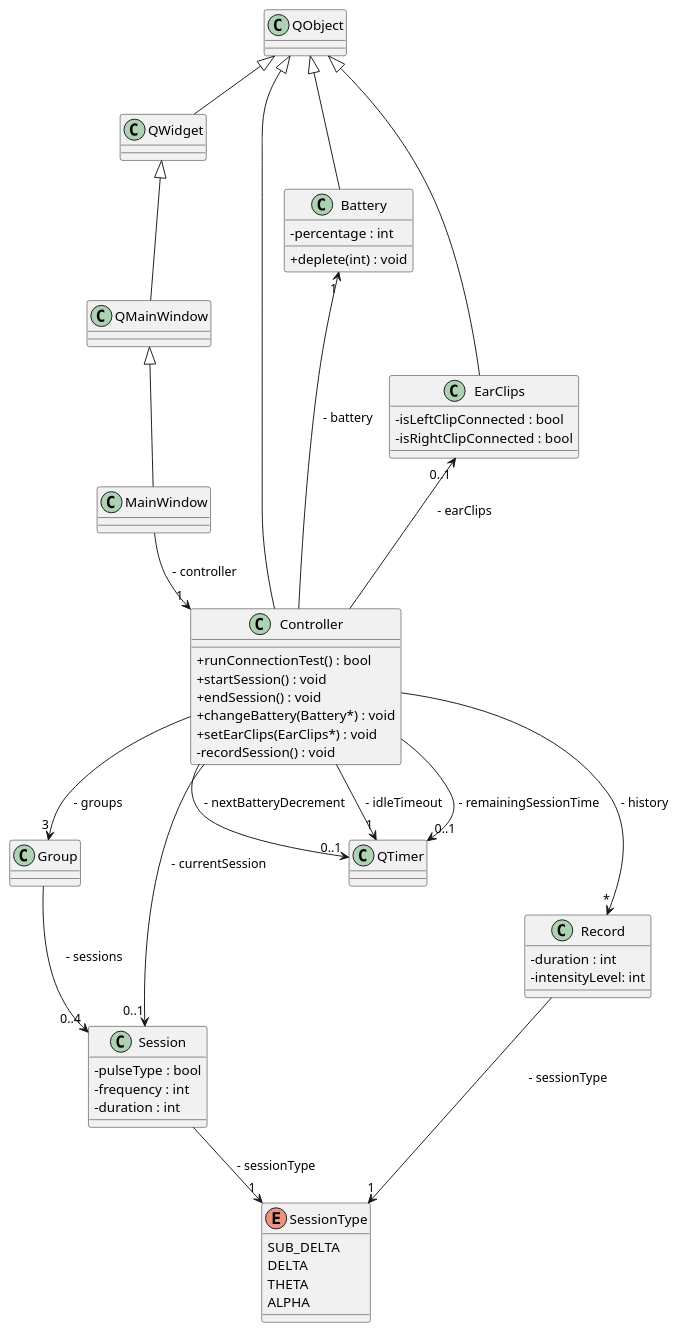
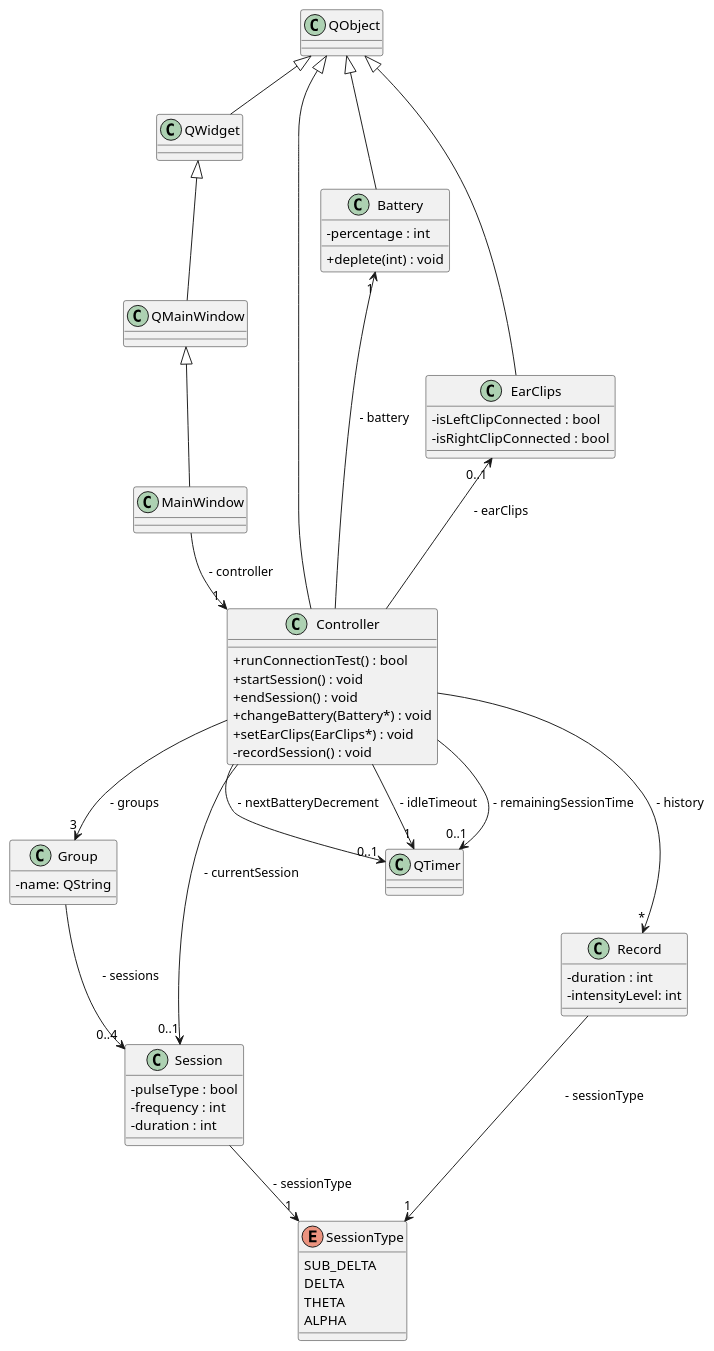
The diagram in design/class-diagram.plantuml (alejita11011/CES-Simulator), drawn with PlantUML before and after one commit.

Commit message:
Added name attribute to group class

```diff
--- a/design/class-diagram.plantuml
+++ b/design/class-diagram.plantuml
@@ -1,65 +1,66 @@
 @startuml class-diagram
 skinparam classAttributeIconSize 0
 
 QObject <|-- QWidget
 QWidget <|-- QMainWindow
 QMainWindow <|-- MainWindow
 MainWindow --> "1" Controller : " - controller"
 class MainWindow {
 }
 
 QObject <|-- Controller
 Controller --> "3" Group : " - groups"
 Controller --> "*" Record : " - history"
 Battery "1" <-- Controller : " - battery"
 EarClips "0..1" <-- Controller : " - earClips"
 Controller --> "1" QTimer : " - idleTimeout"
 Controller --> "0..1" Session : " - currentSession"
 Controller --> "0..1" QTimer : " - remainingSessionTime"
 Controller --> "0..1" QTimer : " - nextBatteryDecrement"
 class Controller {
   + runConnectionTest() : bool
   + startSession() : void
   + endSession() : void
   + changeBattery(Battery*) : void
   + setEarClips(EarClips*) : void
   - recordSession() : void
 }
 
 Group --> "0..4" Session : " - sessions"
 class Group {
+  - name: QString
 }
 
 Session --> "1" SessionType : " - sessionType"
 class Session {
   - pulseType : bool 
   - frequency : int
   - duration : int
 }
 
 Record --> "1" SessionType : " - sessionType"
 class Record {
   - duration : int
   - intensityLevel: int
 }
 
 enum SessionType {
   SUB_DELTA
   DELTA
   THETA
   ALPHA
 }
 
 QObject <|-- Battery
 class Battery {
   - percentage : int
   + deplete(int) : void
 }
 
 QObject <|-- EarClips
 class EarClips {
   - isLeftClipConnected : bool
   - isRightClipConnected : bool
 }
 
 @enduml
```
